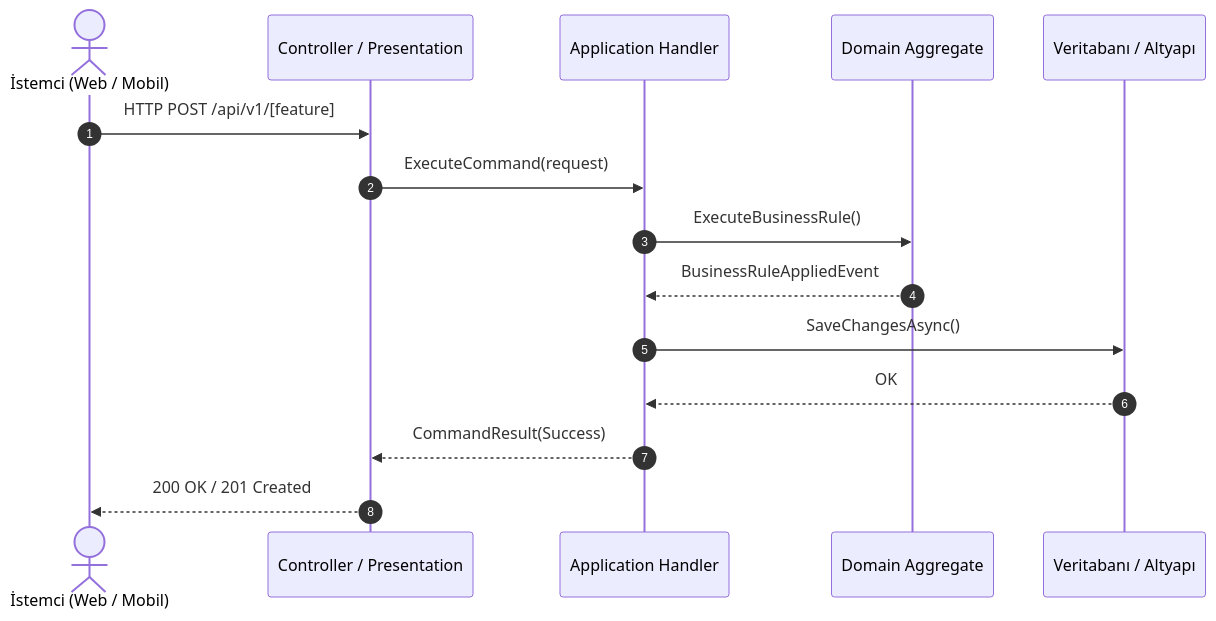
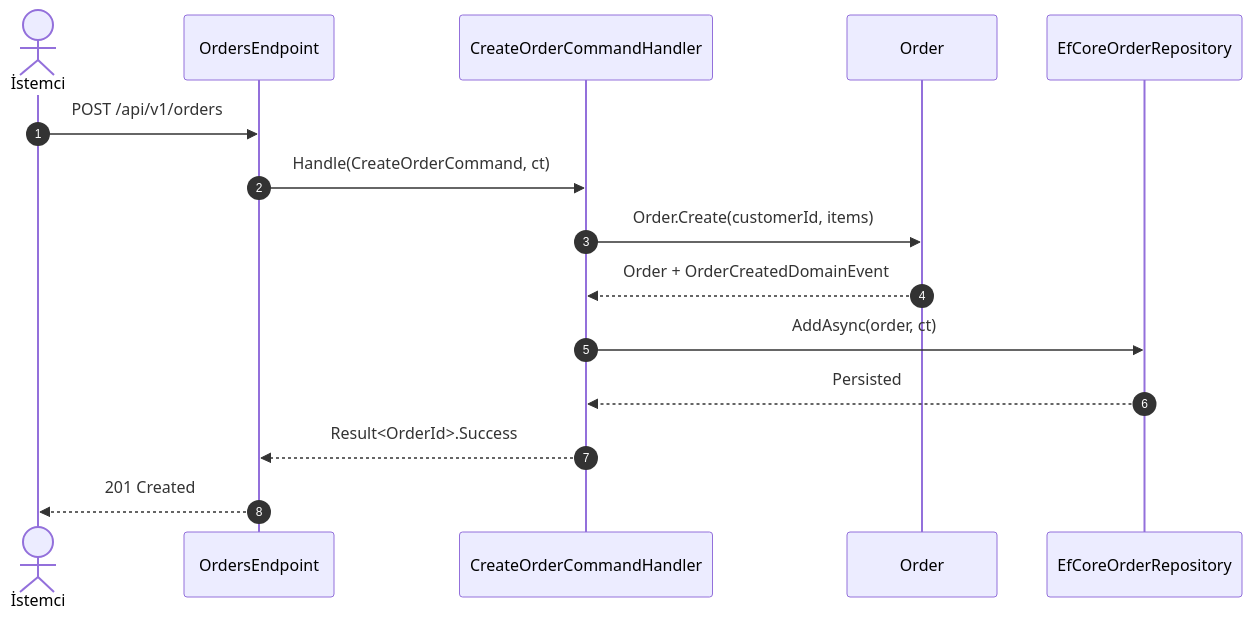
The second of 2 diagrams in skills/pre-pr-readiness/templates/walkthrough-template.md (aparlak88/alps-agy-harness), drawn with Mermaid before and after one commit. The commit also changed other lines of this file and 11 other files, not shown here.

````diff
--- a/skills/pre-pr-readiness/templates/walkthrough-template.md
+++ b/skills/pre-pr-readiness/templates/walkthrough-template.md
@@ -57,18 +60,18 @@
 ```mermaid
 sequenceDiagram
     autonumber
-    actor Client as İstemci (Web / Mobil)
-    participant API as Controller / Presentation
-    participant App as Application Handler
-    participant Domain as Domain Aggregate
-    participant DB as Veritabanı / Altyapı
+    actor Client as İstemci
+    participant API as OrdersEndpoint
+    participant Handler as CreateOrderCommandHandler
+    participant Order as Order
+    participant Repo as EfCoreOrderRepository
 
-    Client->>API: HTTP POST /api/v1/[feature]
-    API->>App: ExecuteCommand(request)
-    App->>Domain: ExecuteBusinessRule()
-    Domain-->>App: BusinessRuleAppliedEvent
-    App->>DB: SaveChangesAsync()
-    DB-->>App: OK
-    App-->>API: CommandResult(Success)
-    API-->>Client: 200 OK / 201 Created
+    Client->>API: POST /api/v1/orders
+    API->>Handler: Handle(CreateOrderCommand, ct)
+    Handler->>Order: Order.Create(customerId, items)
+    Order-->>Handler: Order + OrderCreatedDomainEvent
+    Handler->>Repo: AddAsync(order, ct)
+    Repo-->>Handler: Persisted
+    Handler-->>API: Result<OrderId>.Success
+    API-->>Client: 201 Created
 ```
````
